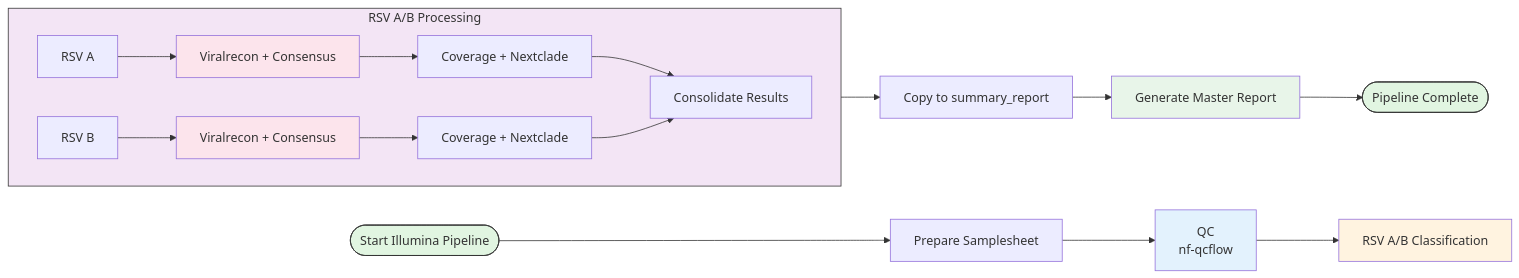
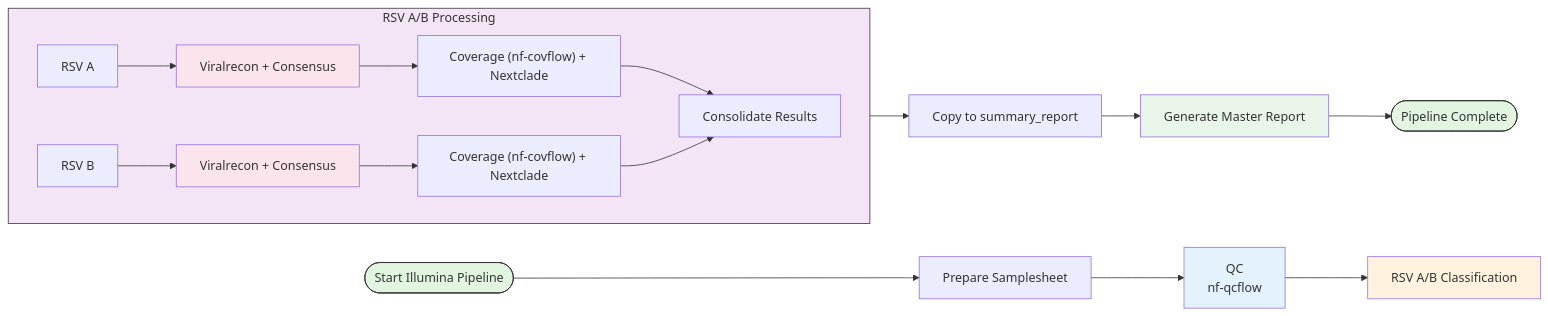
One commit to xiaoli-dong/rsv-analyzer changed the first of 2 diagrams in README.md. Above: the diagram before and after it, drawn with Mermaid. The commit also changed other lines of this file, not shown here.

Commit message:
Update coverage references in README.md

````diff
--- a/README.md
+++ b/README.md
@@ -12,34 +12,34 @@
 ```mermaid
 flowchart LR
  subgraph RSV_Branches["RSV A/B Processing"]
     direction LR
         VA["Viralrecon + Consensus"]
         A["RSV A"]
         VB["Viralrecon + Consensus"]
         B["RSV B"]
-        CA["Coverage + Nextclade"]
-        CB["Coverage + Nextclade"]
+        CA["Coverage (nf-covflow) + Nextclade"]
+        CB["Coverage (nf-covflow) + Nextclade"]
         Merge["Consolidate Results"]
   end
     Start(["Start Illumina Pipeline"]) --> Step1["Prepare Samplesheet"]
     Step1 --> Step2["QC<br>nf-qcflow"]
     Step2 --> Step3["RSV A/B Classification"]
     A --> VA
     B --> VB
     VA --> CA
     VB --> CB
     CA --> Merge
     CB --> Merge
     Merge --> Copy["Copy to summary_report"]
     Copy --> Final["Generate Master Report"]
     Final --> End(["Pipeline Complete"])
 
     style VA fill:#fce4ec
     style VB fill:#fce4ec
     style Start fill:#e1f5e1,stroke:#333
     style Step2 fill:#e3f2fd
     style Step3 fill:#fff3e0
     style Final fill:#e8f5e9
     style End fill:#e1f5e1,stroke:#333
     style RSV_Branches fill:#f3e5f5,stroke:#333
 ```
````
